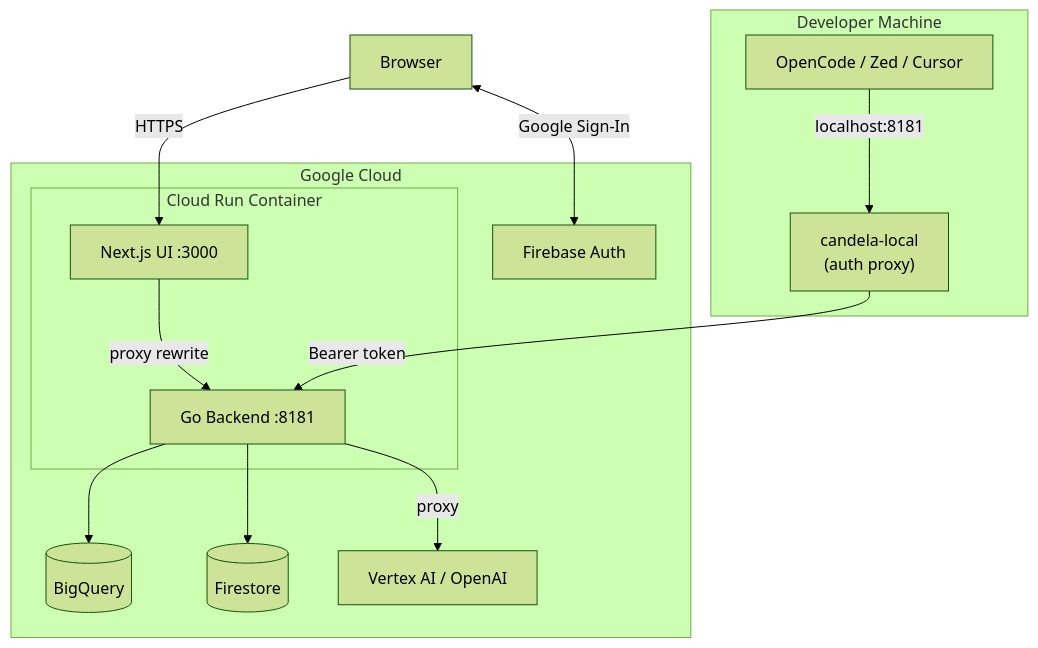
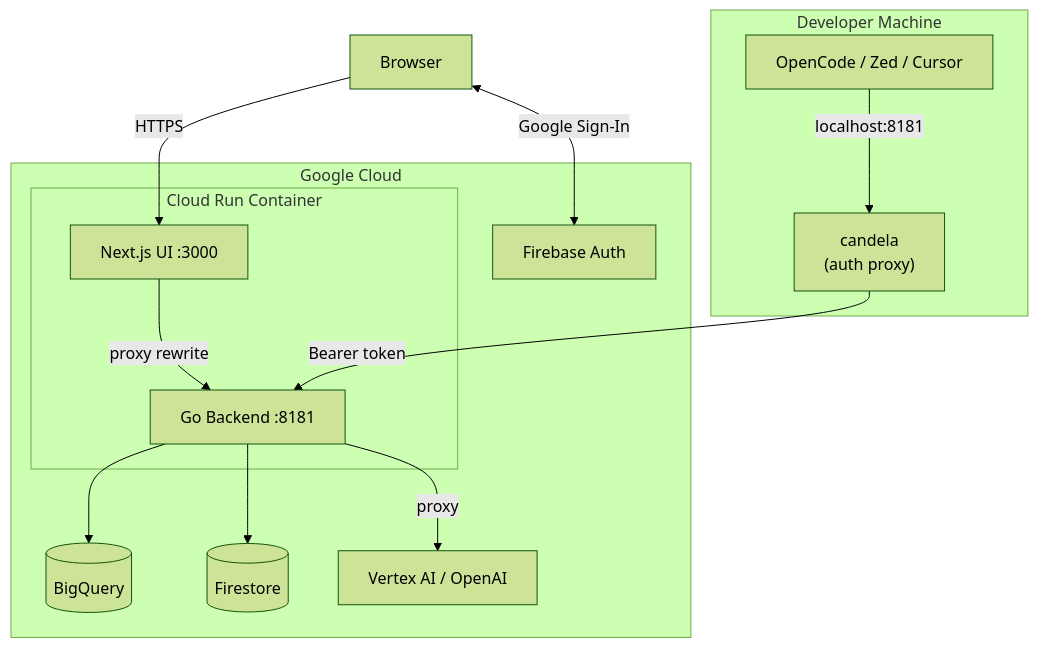
The first of 2 diagrams in docs/deployment.md (azra-ai-oss/candela), drawn with Mermaid (forest theme) before and after one commit. The commit also changed other lines of this file and 8 other files, not shown here.

First line of the commit message:
docs: rename candela-local → candela across all docs and README (#181)

````diff
--- a/docs/deployment.md
+++ b/docs/deployment.md
@@ -5,27 +5,27 @@
 ```mermaid
 graph TB
     subgraph "Developer Machine"
         OC[OpenCode / Zed / Cursor]
-        CL["candela-local<br/>(auth proxy)"]
+        CL["candela<br/>(auth proxy)"]
         OC -->|"localhost:8181"| CL
     end
 
     subgraph "Google Cloud"
         subgraph "Cloud Run Container"
             UI["Next.js UI :3000"]
             GO["Go Backend :8181"]
             UI -->|"proxy rewrite"| GO
         end
         FA["Firebase Auth"]
         BQ[(BigQuery)]
         FS[(Firestore)]
         VAI[Vertex AI / OpenAI]
     end
 
     Browser -->|"HTTPS"| UI
     Browser <-->|"Google Sign-In"| FA
     CL -->|"Bearer token"| GO
     GO --> BQ
     GO --> FS
     GO -->|"proxy"| VAI
 ```
````
